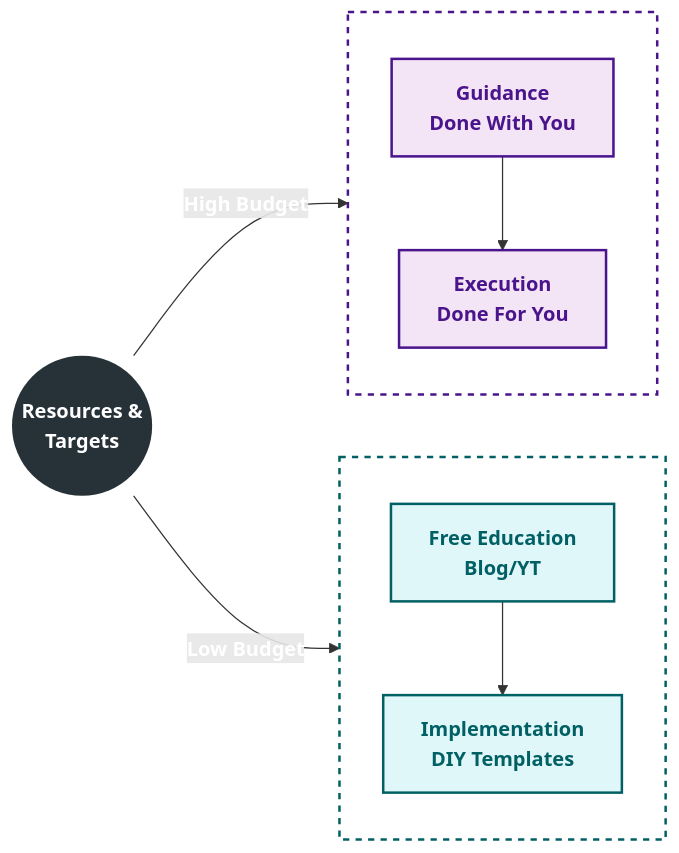
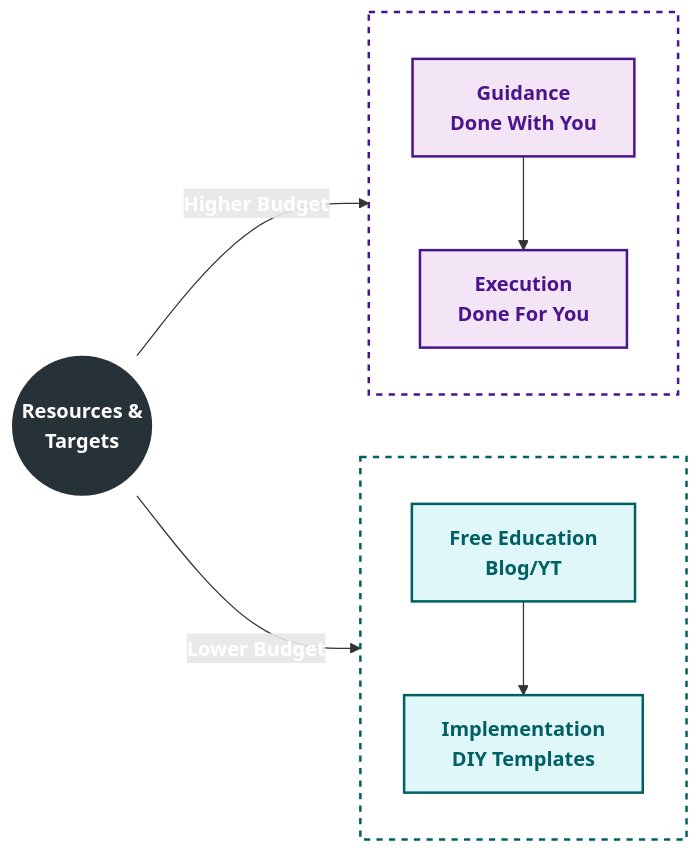
The fourth of 4 diagrams in content/docs/Entrepreneur/_index.md (JAlcocerT/JAlcocerT), drawn with Mermaid before and after one commit. The commit also changed other lines of this file and 25 other files, not shown here.

````diff
--- a/content/docs/Entrepreneur/_index.md
+++ b/content/docs/Entrepreneur/_index.md
@@ -313,41 +396,41 @@
 ```mermaid
 flowchart LR
     %% --- Definition of Styles ---
     %% Root: Dark and solid anchor
     classDef root fill:#263238,color:#fff,stroke:none,font-weight:bold;
     
     %% Time Path: Teal (Fresh, Growth, Low Cost)
     classDef time fill:#E0F7FA,stroke:#006064,stroke-width:2px,color:#006064;
     
     %% Money Path: Purple (Premium, High Value, Exclusive)
     classDef money fill:#F3E5F5,stroke:#4A148C,stroke-width:2px,color:#4A148C;
 
     %% --- The Diagram ---
     Center((Resources & <br/>Targets)):::root
 
     %% Left Path: Time Rich
     subgraph TimeRich [Path A: I have Time]
         direction TB
         Blog[Free Education<br/>Blog/YT]:::time
         DIY[Implementation<br/>DIY Templates]:::time
         
         Blog --> DIY
     end
 
     %% Right Path: Money Rich
     subgraph MoneyRich [Path B: I have Money]
         direction TB
         DWY[Guidance<br/>Done With You]:::money
         DFY[Execution<br/>Done For You]:::money
 
         DWY --> DFY
     end
 
     %% --- Visual Styling for the Containers ---
     style TimeRich fill:#ffffff,stroke:#006064,stroke-width:2px,stroke-dasharray: 5 5
     style MoneyRich fill:#ffffff,stroke:#4A148C,stroke-width:2px,stroke-dasharray: 5 5
 
     %% --- Routing ---
-    Center -- "Low Budget" --> Blog
-    Center -- "High Budget" --> DWY
+    Center -- "Lower Budget" --> Blog
+    Center -- "Higher Budget" --> DWY
 ```
````
